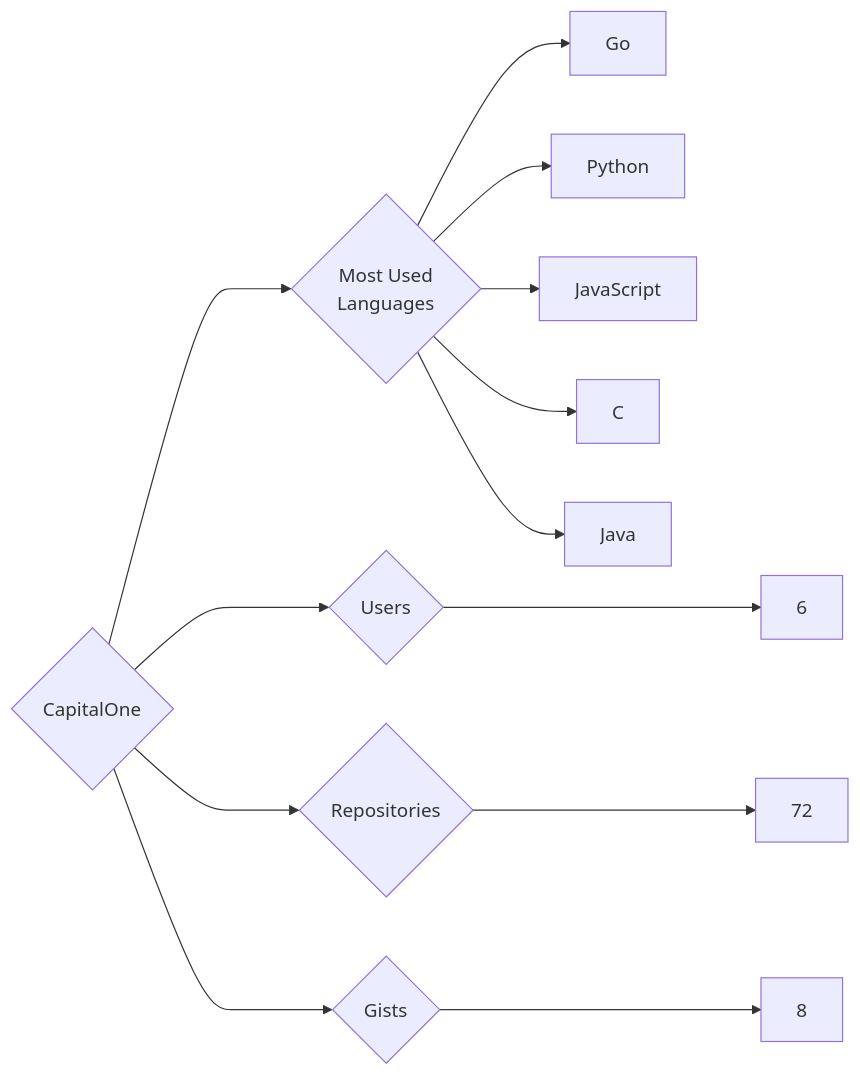
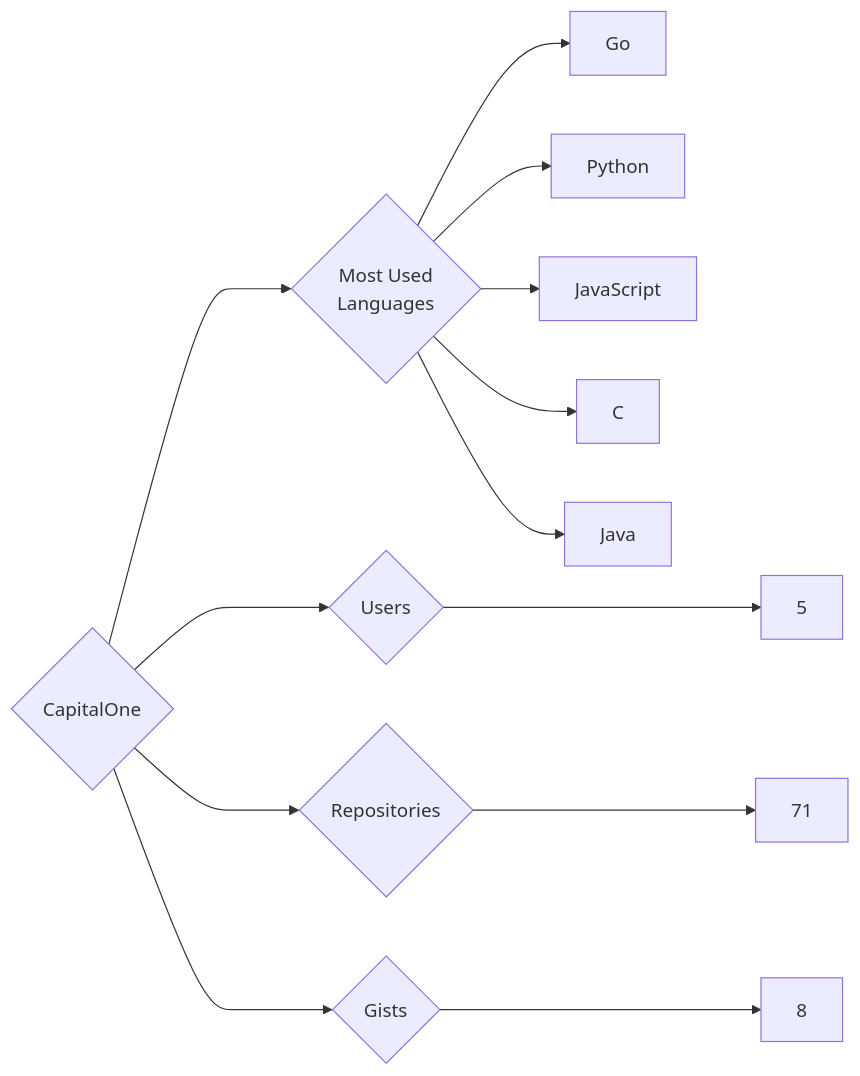
Before and after one commit to trickest/insiders: the diagram in targets/CapitalOne/README.md, drawn with Mermaid. The commit also changed 870 other files, not shown here.

````diff
--- a/targets/CapitalOne/README.md
+++ b/targets/CapitalOne/README.md
@@ -3,13 +3,13 @@
 ```mermaid
 graph LR
 COMPANY_NAME{CapitalOne}
-COMPANY_NAME ---> U{Users} ---> UN[6]
-COMPANY_NAME ---> R{Repositories} ---> RN[72]
+COMPANY_NAME ---> U{Users} ---> UN[5]
+COMPANY_NAME ---> R{Repositories} ---> RN[71]
 COMPANY_NAME ---> G{Gists} ---> GN[8]
 COMPANY_NAME ---> ML{Most Used<br>Languages}
 ML --> Go[Go]
 ML --> Python[Python]
 ML --> JavaScript[JavaScript]
 ML --> C[C]
 ML --> Java[Java]
 ```
````
